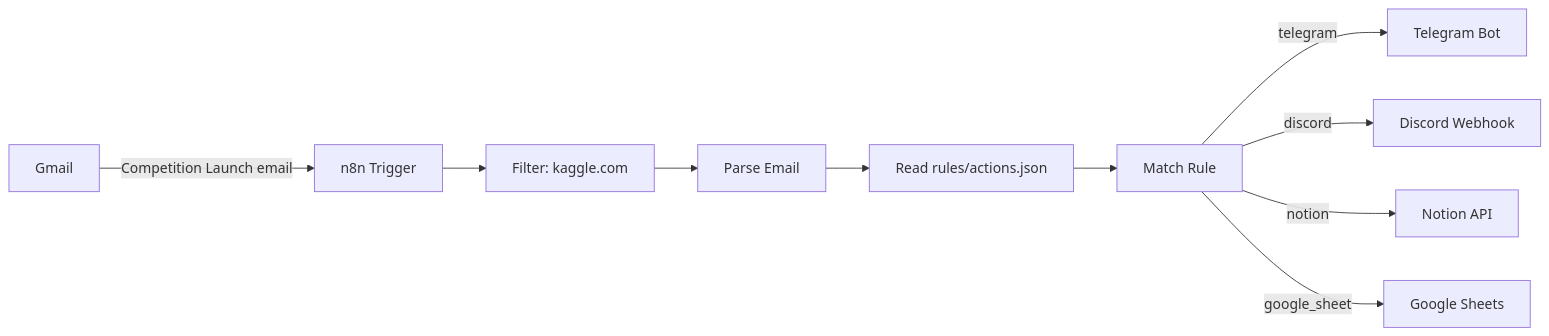
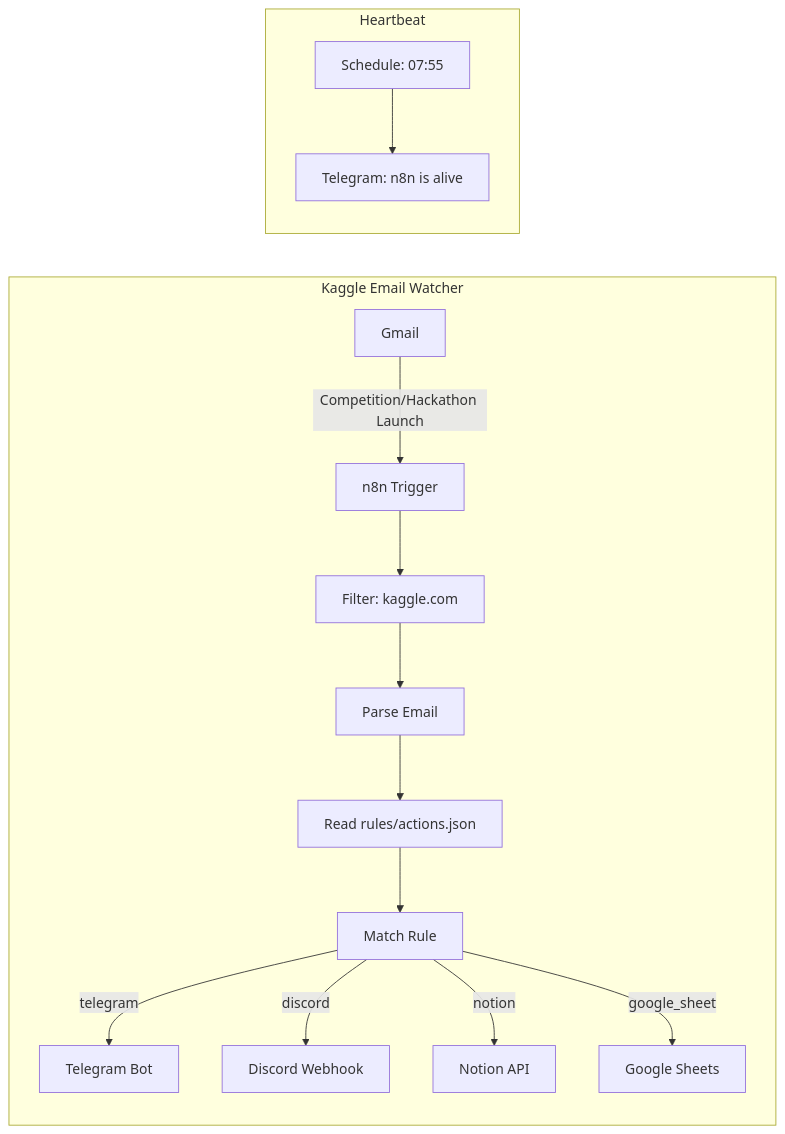
The diagram in README.md (benoit-bremaud/n8n-kaggle-watcher), drawn with Mermaid before and after one commit. The commit also changed other lines of this file, not shown here.

First line of the commit message:
docs: add badges, update architecture diagram and fix template syntax

````diff
--- a/README.md
+++ b/README.md
@@ -7,12 +12,18 @@
 ```mermaid
 flowchart LR
-    A[Gmail] -->|Competition Launch email| B[n8n Trigger]
-    B --> C[Filter: kaggle.com]
-    C --> D[Parse Email]
-    D --> E[Read rules/actions.json]
-    E --> F[Match Rule]
-    F -->|telegram| G[Telegram Bot]
-    F -->|discord| H[Discord Webhook]
-    F -->|notion| I[Notion API]
-    F -->|google_sheet| J[Google Sheets]
+    subgraph Kaggle Email Watcher
+        A[Gmail] -->|Competition/Hackathon Launch| B[n8n Trigger]
+        B --> C[Filter: kaggle.com]
+        C --> D[Parse Email]
+        D --> E[Read rules/actions.json]
+        E --> F[Match Rule]
+        F -->|telegram| G[Telegram Bot]
+        F -->|discord| H[Discord Webhook]
+        F -->|notion| I[Notion API]
+        F -->|google_sheet| J[Google Sheets]
+    end
+
+    subgraph Heartbeat
+        K[Schedule: 07:55] --> L[Telegram: n8n is alive]
+    end
 ```
````
